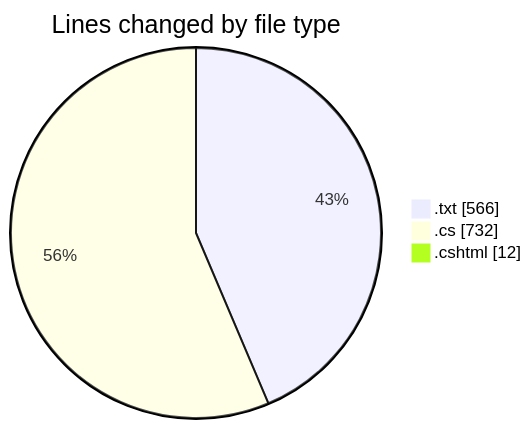
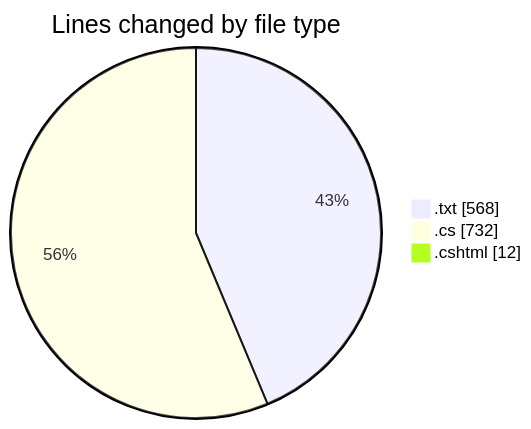
Before and after one commit to lephambinh05/code-tracking: the first of 2 diagrams in 2025-07-26/quanlyrapchieuphim-1/README.md, drawn with Mermaid. The commit also changed other lines of this file and 1 other file, not shown here.

````diff
--- a/2025-07-26/quanlyrapchieuphim-1/README.md
+++ b/2025-07-26/quanlyrapchieuphim-1/README.md
@@ -25,7 +25,7 @@
 ```mermaid
 pie showData
 title Lines changed by file type
-".txt" : 566
+".txt" : 568
 ".cs" : 732
 ".cshtml" : 12
 ```
````
